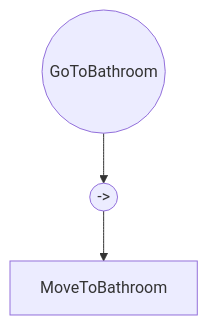
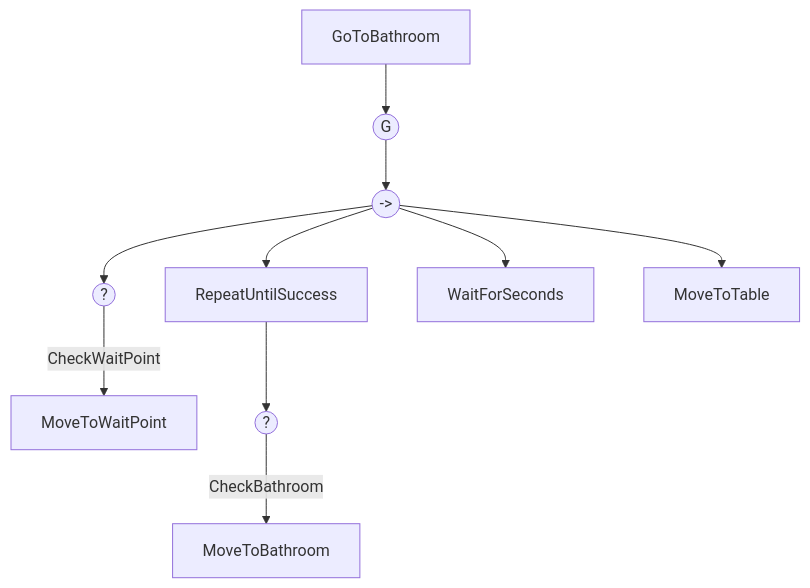
One commit to LauraWangQiu/IAV24-WangQiu changed the fourth of 5 diagrams in README.md. Above: the diagram before and after it, drawn with Mermaid. The commit also changed other lines of this file and 1 other file, not shown here.

````diff
--- a/README.md
+++ b/README.md
@@ -116,5 +118,12 @@
 ```mermaid
 flowchart TD
-    A(("GoToBathroom")) --> B(("->"))
-    B -->C[MoveToBathroom]
+    Z[GoToBathroom] -->A
+    A(("G")) --> B(("->"))
+    B -->C(("?"))
+    C -->|CheckWaitPoint| D[MoveToWaitPoint]
+    B -->E["RepeatUntilSuccess"]
+    E -->F(("?"))
+    F -->|CheckBathroom| G[MoveToBathroom]
+    B -->H[WaitForSeconds]
+    B -->I[MoveToTable]
 ```
````
